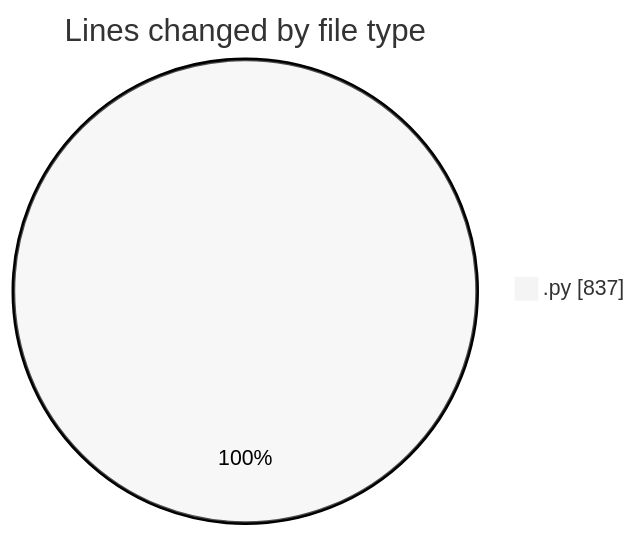
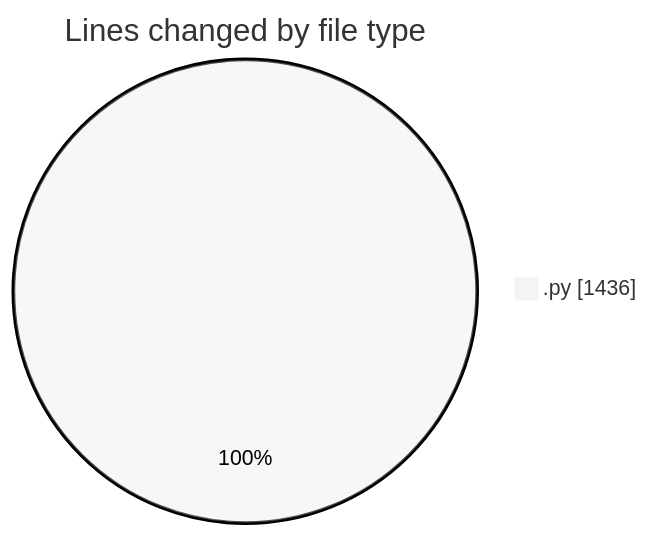
The first of 2 diagrams in 2025-11-19/eventscop-api-guide__workspace_/README.md (julien-gomy/code-tracking), drawn with Mermaid (neutral theme) before and after one commit. The commit also changed other lines of this file and 1 other file, not shown here.

````diff
--- a/2025-11-19/eventscop-api-guide__workspace_/README.md
+++ b/2025-11-19/eventscop-api-guide__workspace_/README.md
@@ -22,5 +23,5 @@
 ```mermaid
 pie showData
 title Lines changed by file type
-".py" : 837
+".py" : 1436
 ```
````
